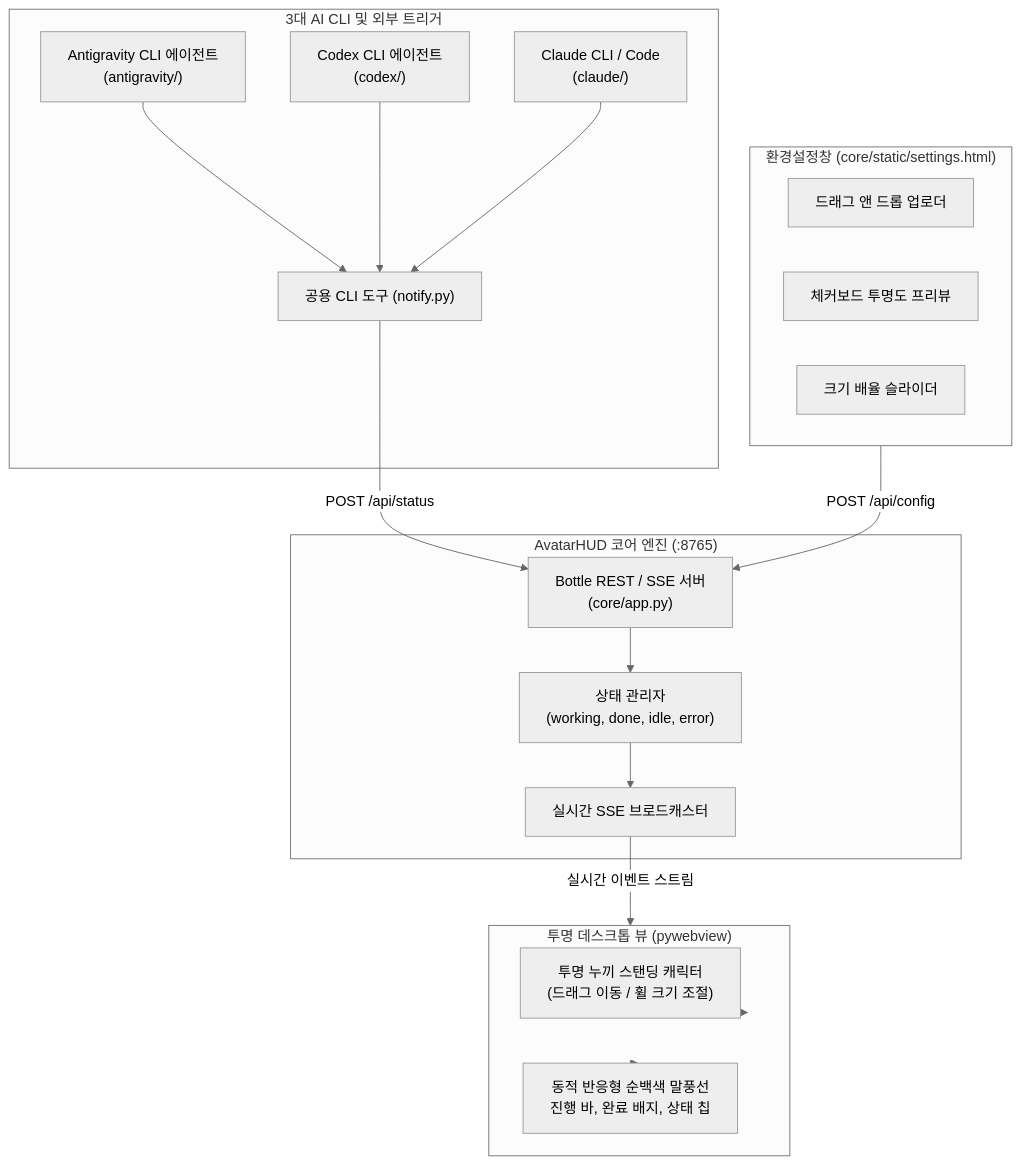
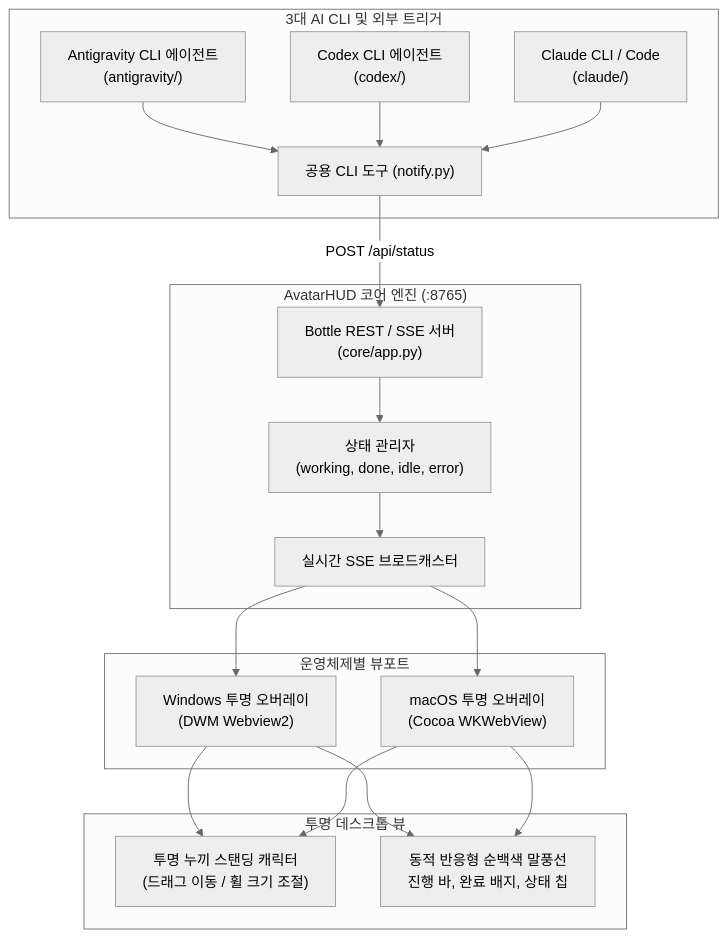
Before and after one commit to dotori-007/avatar_hud: the diagram in README.md, drawn with Mermaid (neutral theme). The commit also changed other lines of this file and 9 other files, not shown here.

````diff
--- a/README.md
+++ b/README.md
@@ -38,37 +42,38 @@
 ```mermaid
 flowchart TD
     subgraph Clients["3대 AI CLI 및 외부 트리거"]
         AG["Antigravity CLI 에이전트<br/>(antigravity/)"]
         CX["Codex CLI 에이전트<br/>(codex/)"]
         CL["Claude CLI / Code<br/>(claude/)"]
         CLI["공용 CLI 도구 (notify.py)"]
     end
 
     subgraph CoreEngine["AvatarHUD 코어 엔진 (:8765)"]
         Server["Bottle REST / SSE 서버<br/>(core/app.py)"]
         State["상태 관리자<br/>(working, done, idle, error)"]
         Stream["실시간 SSE 브로드캐스터"]
     end
 
-    subgraph Overlay["투명 데스크톱 뷰 (pywebview)"]
+    subgraph Platforms["운영체제별 뷰포트"]
+        WinView["Windows 투명 오버레이<br/>(DWM Webview2)"]
+        MacView["macOS 투명 오버레이<br/>(Cocoa WKWebView)"]
+    end
+
+    subgraph Overlay["투명 데스크톱 뷰"]
         Standing["투명 누끼 스탠딩 캐릭터<br/>(드래그 이동 / 휠 크기 조절)"]
         Bubble["동적 반응형 순백색 말풍선<br/>진행 바, 완료 배지, 상태 칩"]
-    end
-
-    subgraph Settings["환경설정창 (core/static/settings.html)"]
-        DropZone["드래그 앤 드롭 업로더"]
-        Checker["체커보드 투명도 프리뷰"]
-        Slider["크기 배율 슬라이더"]
     end
 
     AG --> CLI
     CX --> CLI
     CL --> CLI
     CLI -->|POST /api/status| Server
     Server --> State
     State --> Stream
-    Stream -->|실시간 이벤트 스트림| Overlay
-    Overlay --> Standing
-    Overlay --> Bubble
-    Settings -->|POST /api/config| Server
+    Stream --> WinView
+    Stream --> MacView
+    WinView --> Standing
+    WinView --> Bubble
+    MacView --> Standing
+    MacView --> Bubble
 ```
````
